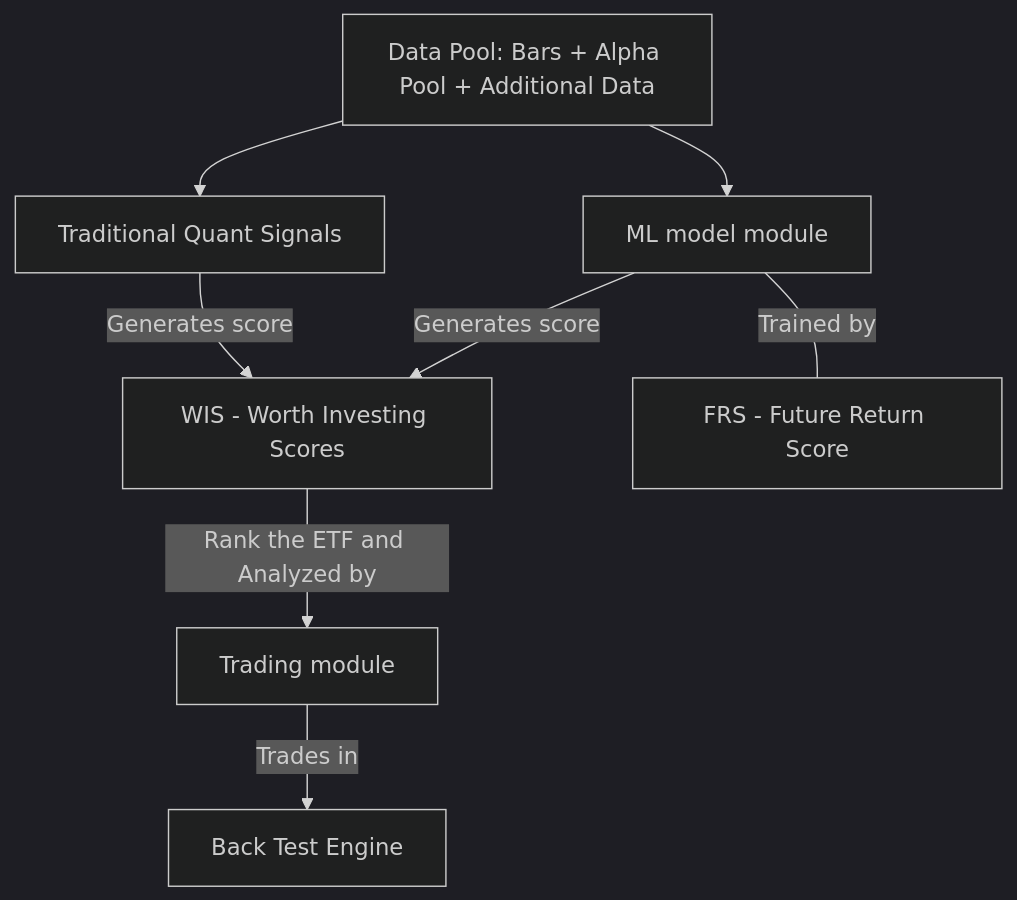
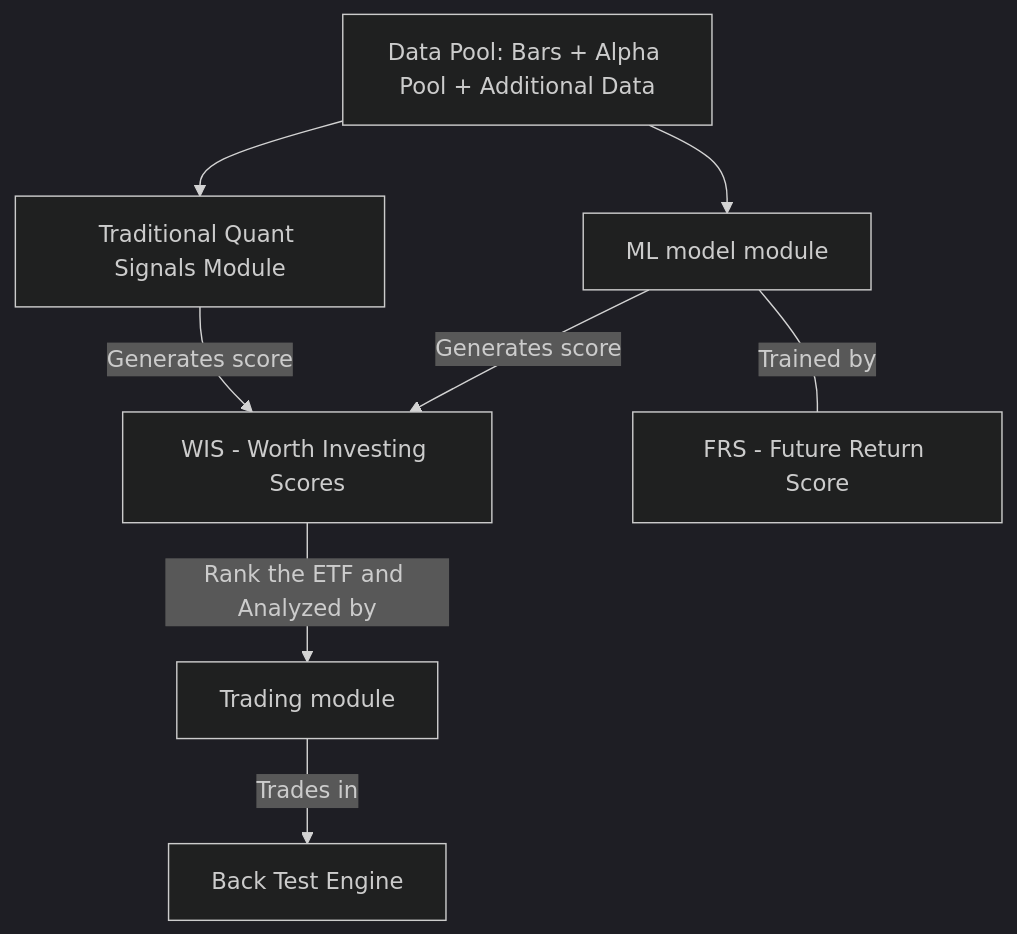
Before and after one commit to simonsparkwolf-del/ETF-QUANT-LAB: the first of 2 diagrams in research/20260426 _Simon_ML Infra/ML architecture.md, drawn with Mermaid (dark theme).

Commit message:
Update ML architecture.md

````diff
--- a/research/20260426 _Simon_ML Infra/ML architecture.md
+++ b/research/20260426 _Simon_ML Infra/ML architecture.md
@@ -40,10 +40,10 @@
 ```mermaid
 flowchart TB
     A[Data Pool: Bars + Alpha Pool + Additional Data] --> B[ML model module]
     B --> |Generates score| C[WIS - Worth Investing Scores]
     B --- |Trained by| G[FRS - Future Return Score]
-    A --> F[Traditional Quant Signals]
+    A --> F[Traditional Quant Signals Module]
     F --> |Generates score| C
     C -->|Rank the ETF and Analyzed by| D[Trading module]
     D -->|Trades in| E[Back Test Engine]
 ```
````
